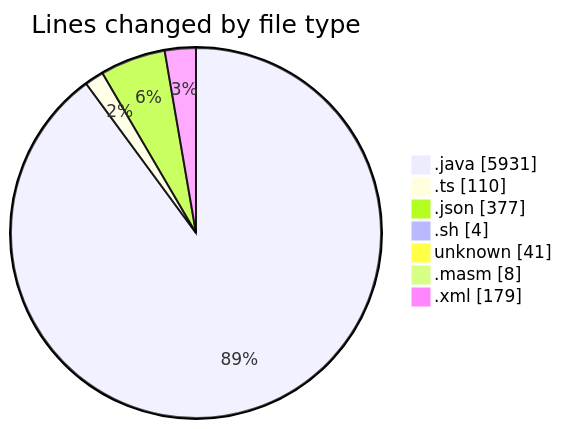
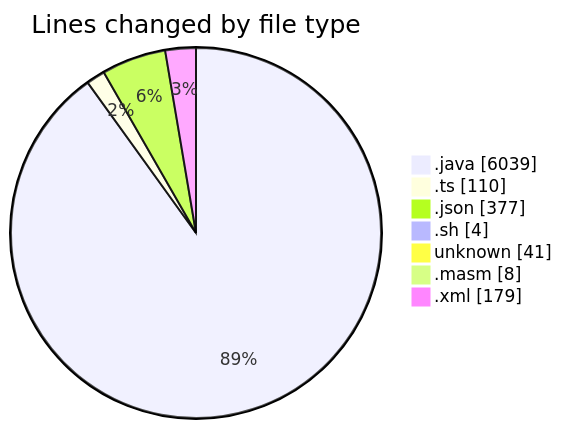
Before and after one commit to charlie-sans/code-tracking: the first of 2 diagrams in 2025-02-20/micros/README.md, drawn with Mermaid. The commit also changed other lines of this file and 1 other file, not shown here.

````diff
--- a/2025-02-20/micros/README.md
+++ b/2025-02-20/micros/README.md
@@ -43,11 +43,11 @@
 ```mermaid
 pie showData
 title Lines changed by file type
-".java" : 5931
+".java" : 6039
 ".ts" : 110
 ".json" : 377
 ".sh" : 4
 "unknown" : 41
 ".masm" : 8
 ".xml" : 179
 ```
````
